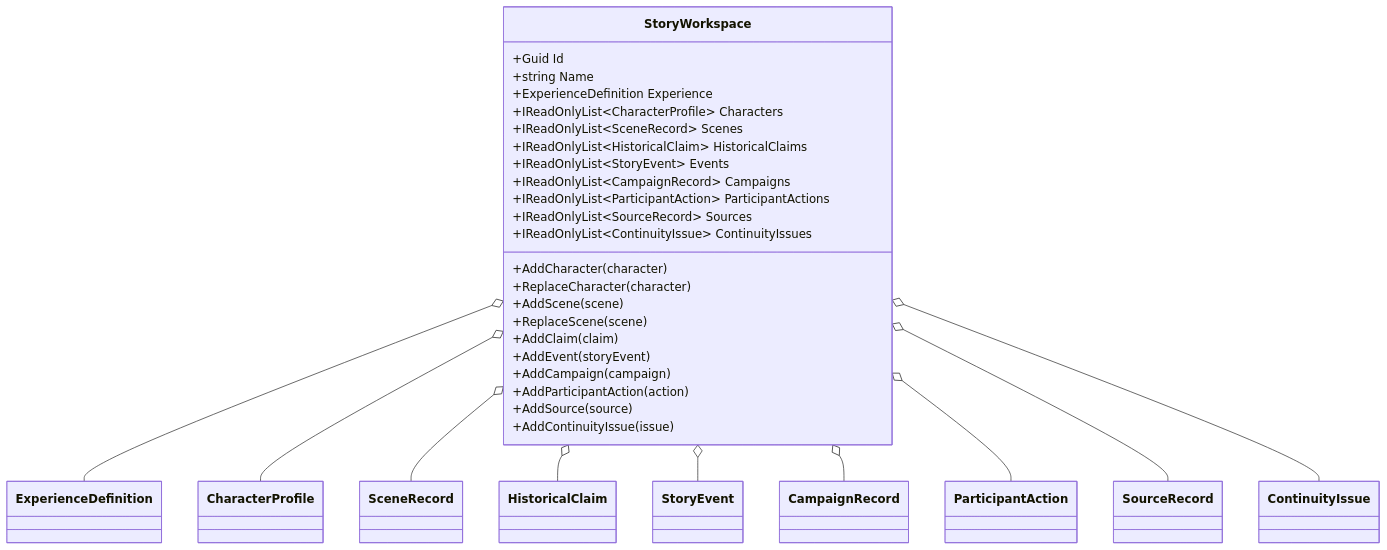
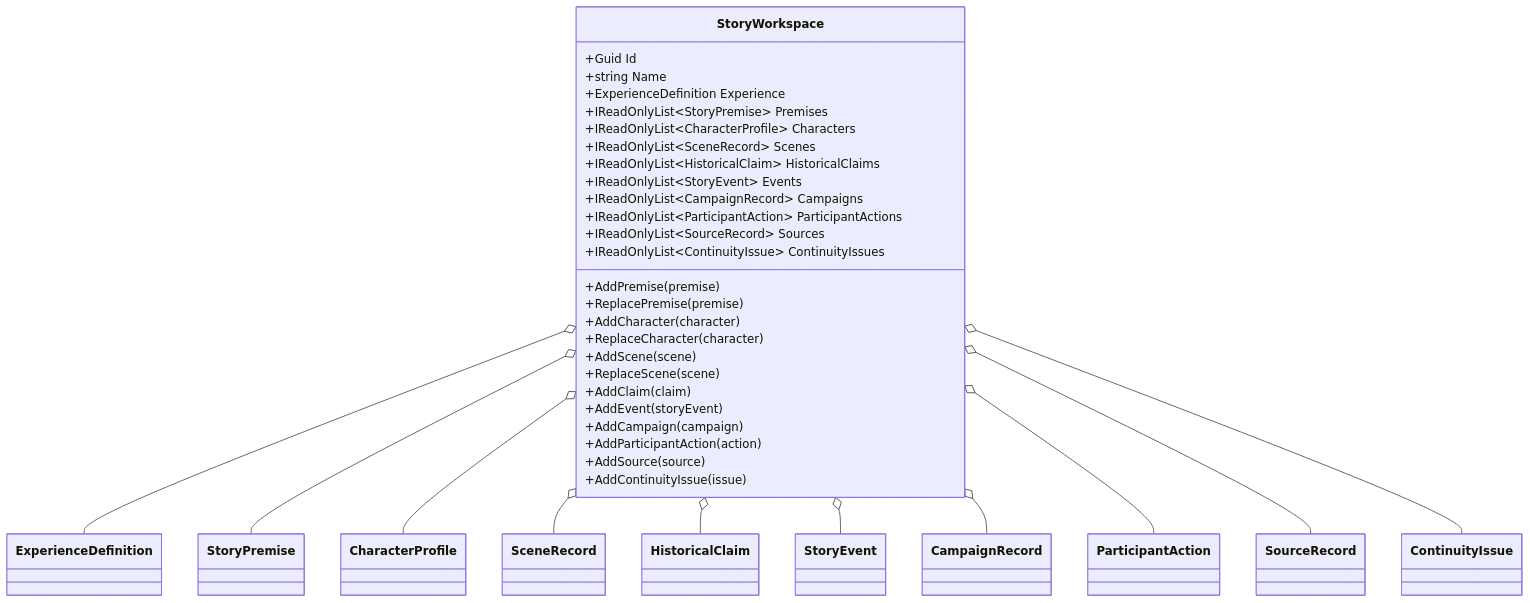
Before and after one commit to TrentBest/StoryBuilder: the diagram in docs/UML/StoryWorkspaceUML.md, drawn with Mermaid. The commit also changed other lines of this file, not shown here.

Commit message:
Add premise records to StoryWorkspace UML

````diff
--- a/docs/UML/StoryWorkspaceUML.md
+++ b/docs/UML/StoryWorkspaceUML.md
@@ -5,35 +5,39 @@
 ```mermaid
 classDiagram
 class StoryWorkspace {
   +Guid Id
   +string Name
   +ExperienceDefinition Experience
+  +IReadOnlyList~StoryPremise~ Premises
   +IReadOnlyList~CharacterProfile~ Characters
   +IReadOnlyList~SceneRecord~ Scenes
   +IReadOnlyList~HistoricalClaim~ HistoricalClaims
   +IReadOnlyList~StoryEvent~ Events
   +IReadOnlyList~CampaignRecord~ Campaigns
   +IReadOnlyList~ParticipantAction~ ParticipantActions
   +IReadOnlyList~SourceRecord~ Sources
   +IReadOnlyList~ContinuityIssue~ ContinuityIssues
+  +AddPremise(premise)
+  +ReplacePremise(premise)
   +AddCharacter(character)
   +ReplaceCharacter(character)
   +AddScene(scene)
   +ReplaceScene(scene)
   +AddClaim(claim)
   +AddEvent(storyEvent)
   +AddCampaign(campaign)
   +AddParticipantAction(action)
   +AddSource(source)
   +AddContinuityIssue(issue)
 }
 StoryWorkspace o-- ExperienceDefinition
+StoryWorkspace o-- StoryPremise
 StoryWorkspace o-- CharacterProfile
 StoryWorkspace o-- SceneRecord
 StoryWorkspace o-- HistoricalClaim
 StoryWorkspace o-- StoryEvent
 StoryWorkspace o-- CampaignRecord
 StoryWorkspace o-- ParticipantAction
 StoryWorkspace o-- SourceRecord
 StoryWorkspace o-- ContinuityIssue
 ```
````
